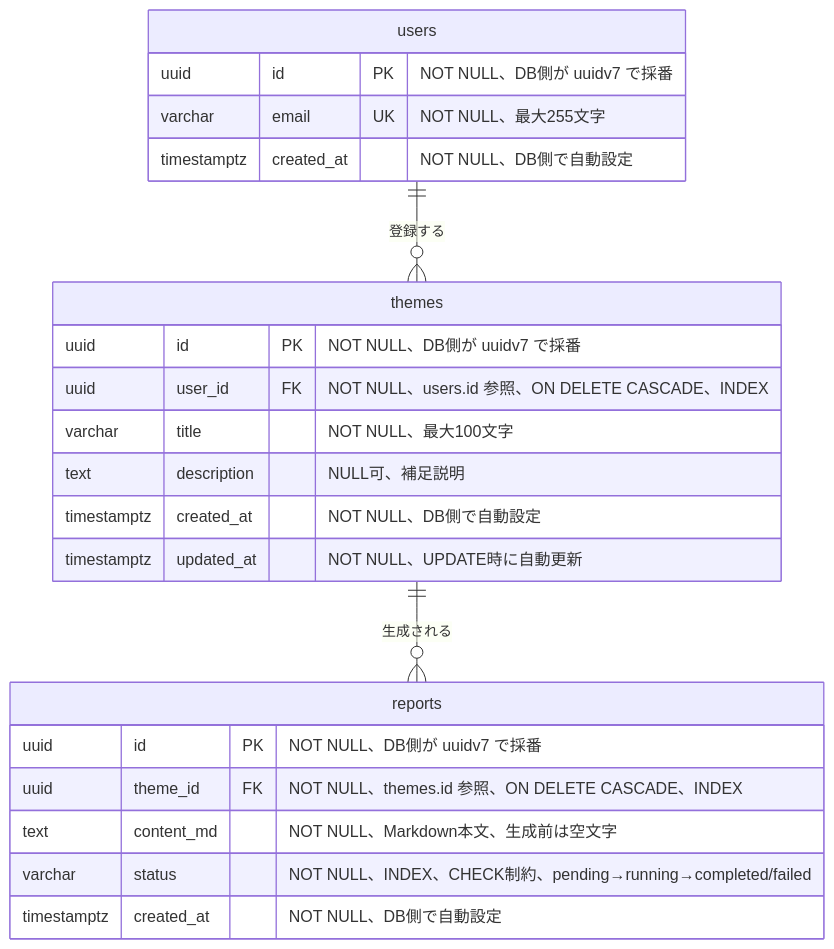
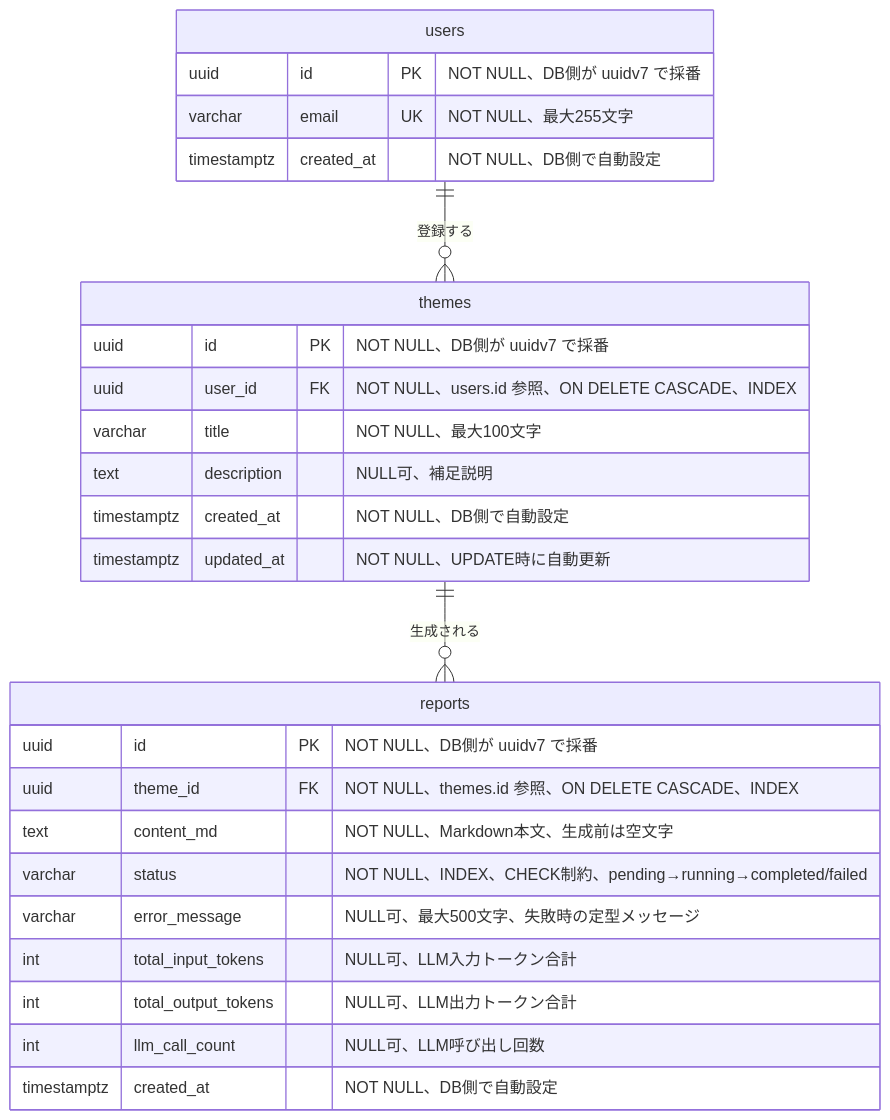
Before and after one commit to blckspdrmn/research-agent: the diagram in docs/er-diagram.md, drawn with Mermaid. The commit also changed 36 other files, not shown here.

````diff
--- a/docs/er-diagram.md
+++ b/docs/er-diagram.md
@@ -3,28 +3,32 @@
 ```mermaid
 erDiagram
     users ||--o{ themes : "登録する"
     themes ||--o{ reports : "生成される"
 
     users {
         uuid id PK "NOT NULL、DB側が uuidv7 で採番"
         varchar email UK "NOT NULL、最大255文字"
         timestamptz created_at "NOT NULL、DB側で自動設定"
     }
 
     themes {
         uuid id PK "NOT NULL、DB側が uuidv7 で採番"
         uuid user_id FK "NOT NULL、users.id 参照、ON DELETE CASCADE、INDEX"
         varchar title "NOT NULL、最大100文字"
         text description "NULL可、補足説明"
         timestamptz created_at "NOT NULL、DB側で自動設定"
         timestamptz updated_at "NOT NULL、UPDATE時に自動更新"
     }
 
     reports {
         uuid id PK "NOT NULL、DB側が uuidv7 で採番"
         uuid theme_id FK "NOT NULL、themes.id 参照、ON DELETE CASCADE、INDEX"
         text content_md "NOT NULL、Markdown本文、生成前は空文字"
         varchar status "NOT NULL、INDEX、CHECK制約、pending→running→completed/failed"
+        varchar error_message "NULL可、最大500文字、失敗時の定型メッセージ"
+        int total_input_tokens "NULL可、LLM入力トークン合計"
+        int total_output_tokens "NULL可、LLM出力トークン合計"
+        int llm_call_count "NULL可、LLM呼び出し回数"
         timestamptz created_at "NOT NULL、DB側で自動設定"
     }
 ```
````
